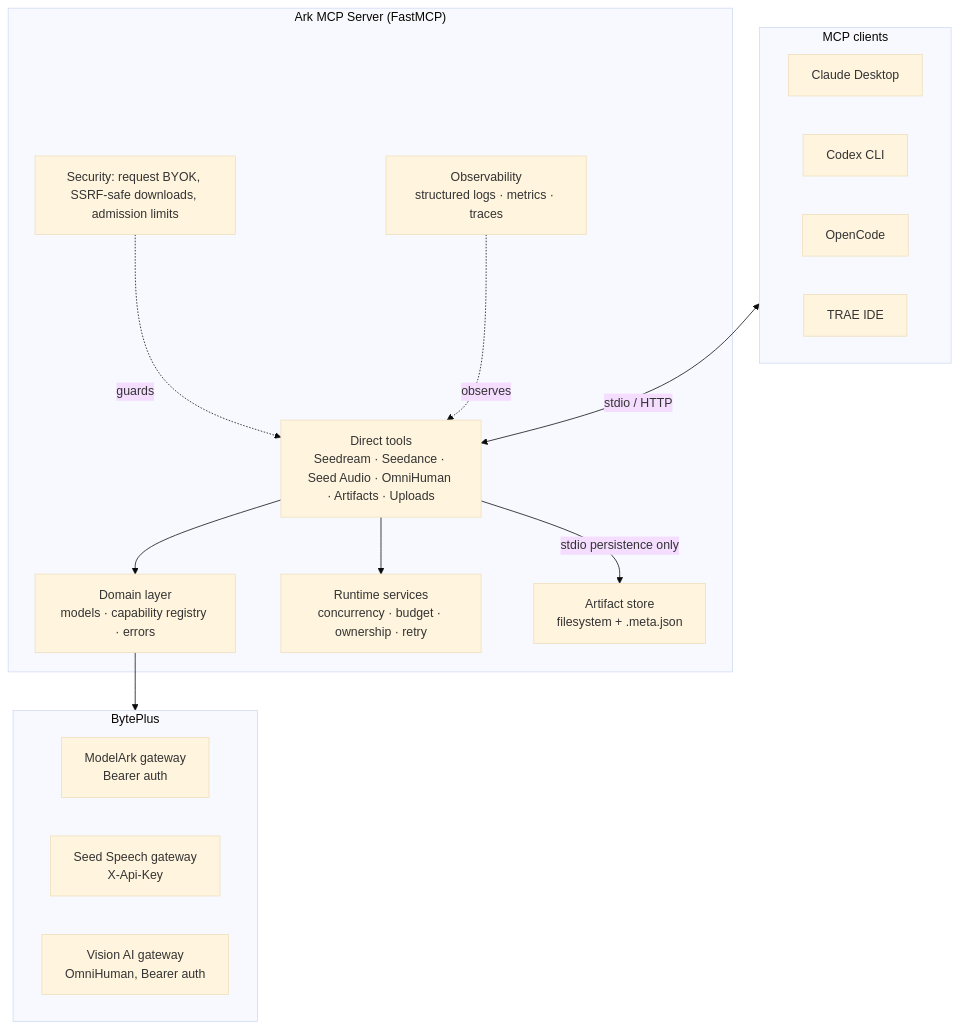
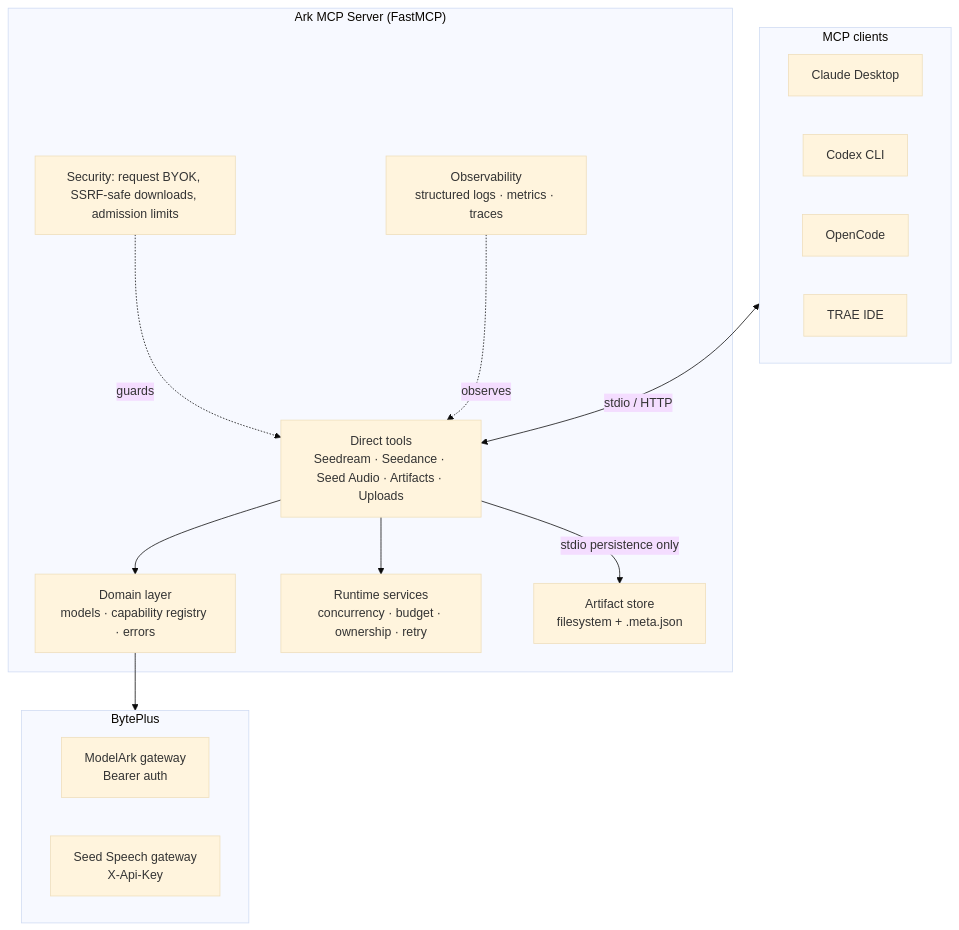
Before and after one commit to byteplus-sa/seed-mcp: the first of 3 diagrams in README.md, drawn with Mermaid (base theme). The commit also changed other lines of this file and 113 other files, not shown here.

First line of the commit message:
refactor!: remove OmniHuman support and credentials

````diff
--- a/README.md
+++ b/README.md
@@ -156,29 +155,28 @@
 ```mermaid
 flowchart TB
   subgraph Client["MCP clients"]
     CD[Claude Desktop]
     CX[Codex CLI]
     OC[OpenCode]
     TR[TRAE IDE]
   end
   subgraph Server["Ark MCP Server (FastMCP)"]
-    Tools["Direct tools<br/>Seedream · Seedance · Seed Audio · OmniHuman · Artifacts · Uploads"]
+    Tools["Direct tools<br/>Seedream · Seedance · Seed Audio · Artifacts · Uploads"]
     Domain["Domain layer<br/>models · capability registry · errors"]
     Runtime["Runtime services<br/>concurrency · budget · ownership · retry"]
     Store["Artifact store<br/>filesystem + .meta.json"]
     Sec["Security: request BYOK, SSRF-safe downloads, admission limits"]
     Obs["Observability<br/>structured logs · metrics · traces"]
   end
   subgraph Providers["BytePlus"]
     MA["ModelArk gateway<br/>Bearer auth"]
     SS["Seed Speech gateway<br/>X-Api-Key"]
-    CV["Vision AI gateway<br/>OmniHuman, Bearer auth"]
   end
   Client <-->|"stdio / HTTP"| Tools
   Tools --> Domain
   Tools --> Runtime
   Tools -->|"stdio persistence only"| Store
   Domain --> Providers
   Sec -. guards .-> Tools
   Obs -. observes .-> Tools
 ```
````
